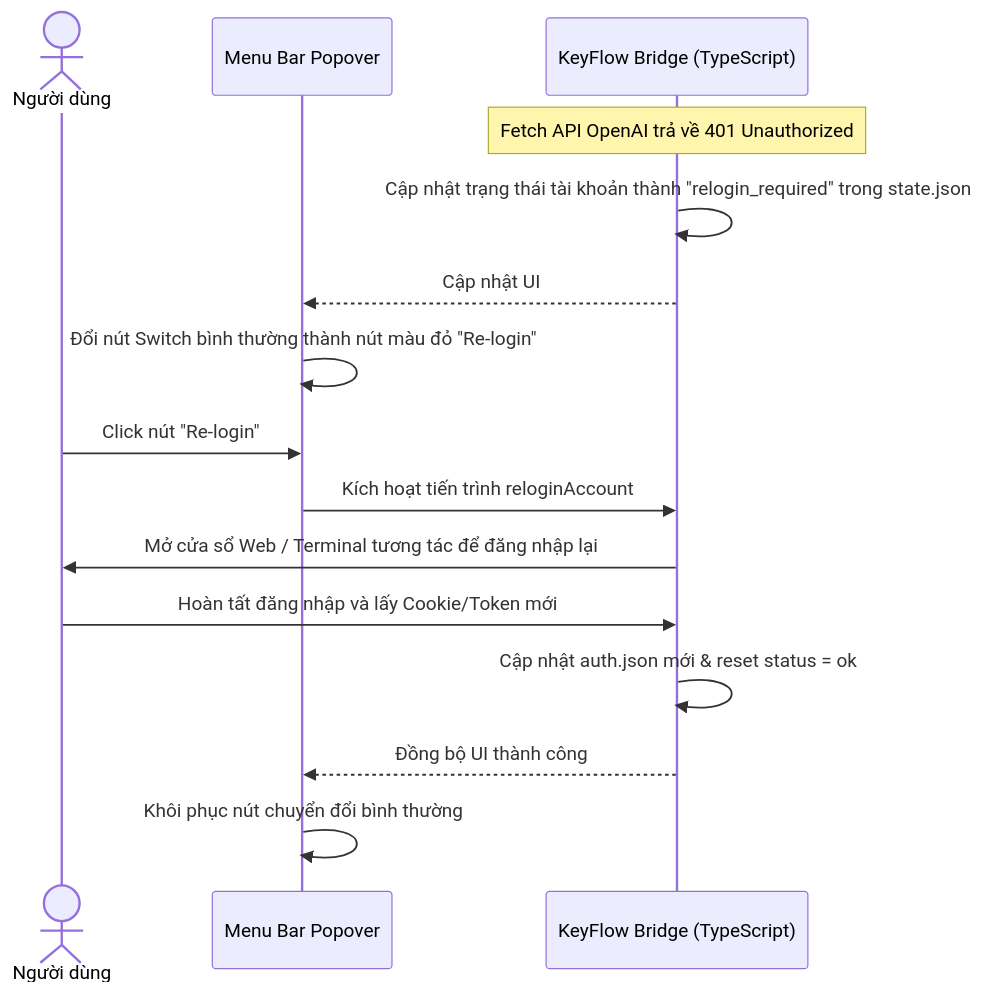
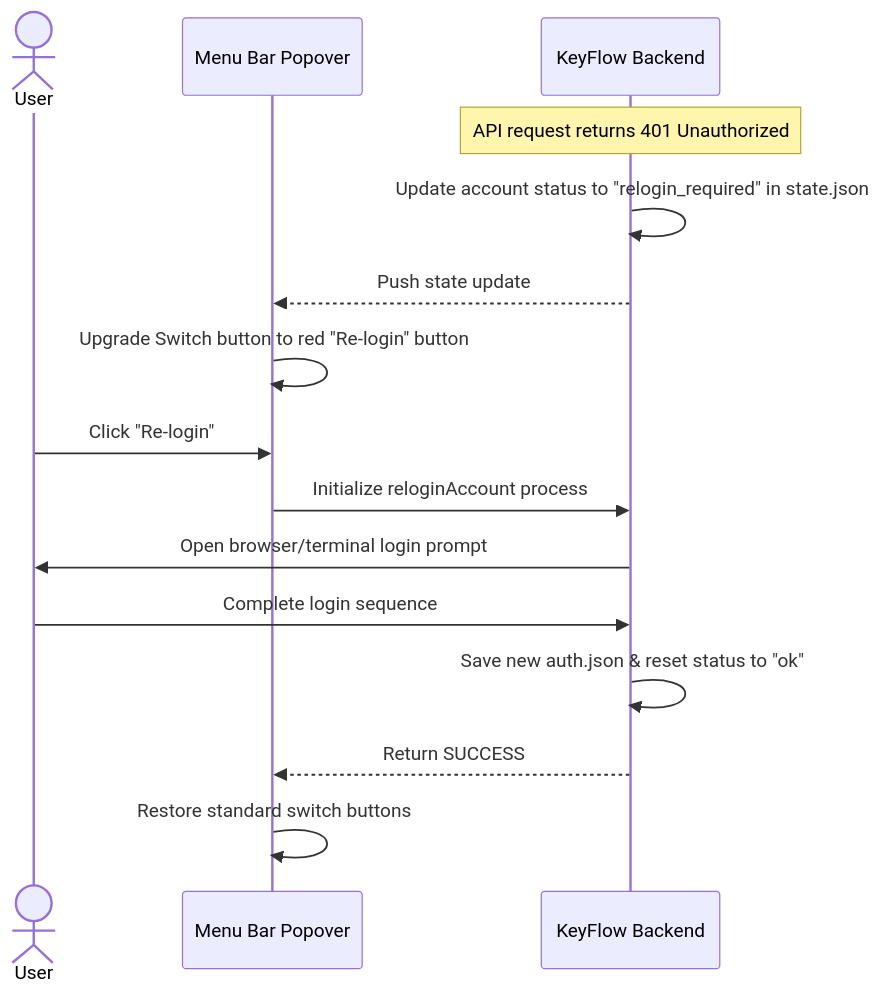
Before and after one commit to hbui290/keyflow: the fourth of 5 diagrams in USERFLOW.md, drawn with Mermaid. The commit also changed other lines of this file and 2 other files, not shown here.

````diff
--- a/USERFLOW.md
+++ b/USERFLOW.md
@@ -105,19 +104,19 @@
 ```mermaid
 sequenceDiagram
-    actor User as Người dùng
+    actor User as User
     participant Pop as Menu Bar Popover
-    participant CLI as KeyFlow Bridge (TypeScript)
+    participant CLI as KeyFlow Backend
 
-    Note over CLI: Fetch API OpenAI trả về 401 Unauthorized
-    CLI->>CLI: Cập nhật trạng thái tài khoản thành "relogin_required" trong state.json
-    CLI-->>Pop: Cập nhật UI
-    Pop->>Pop: Đổi nút Switch bình thường thành nút màu đỏ "Re-login"
+    Note over CLI: API request returns 401 Unauthorized
+    CLI->>CLI: Update account status to "relogin_required" in state.json
+    CLI-->>Pop: Push state update
+    Pop->>Pop: Upgrade Switch button to red "Re-login" button
     
-    User->>Pop: Click nút "Re-login"
-    Pop->>CLI: Kích hoạt tiến trình reloginAccount
-    CLI->>User: Mở cửa sổ Web / Terminal tương tác để đăng nhập lại
-    User->>CLI: Hoàn tất đăng nhập và lấy Cookie/Token mới
-    CLI->>CLI: Cập nhật auth.json mới & reset status = ok
-    CLI-->>Pop: Đồng bộ UI thành công
-    Pop->>Pop: Khôi phục nút chuyển đổi bình thường
+    User->>Pop: Click "Re-login"
+    Pop->>CLI: Initialize reloginAccount process
+    CLI->>User: Open browser/terminal login prompt
+    User->>CLI: Complete login sequence
+    CLI->>CLI: Save new auth.json & reset status to "ok"
+    CLI-->>Pop: Return SUCCESS
+    Pop->>Pop: Restore standard switch buttons
 ```
````
